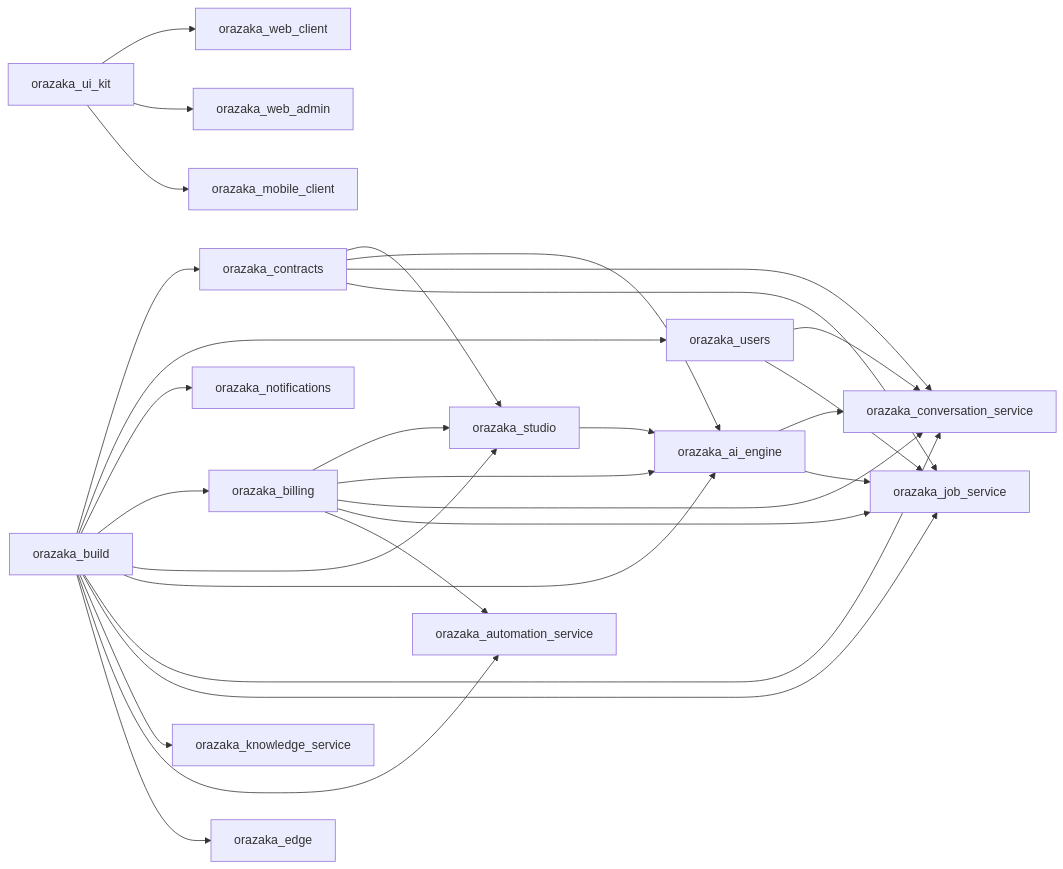
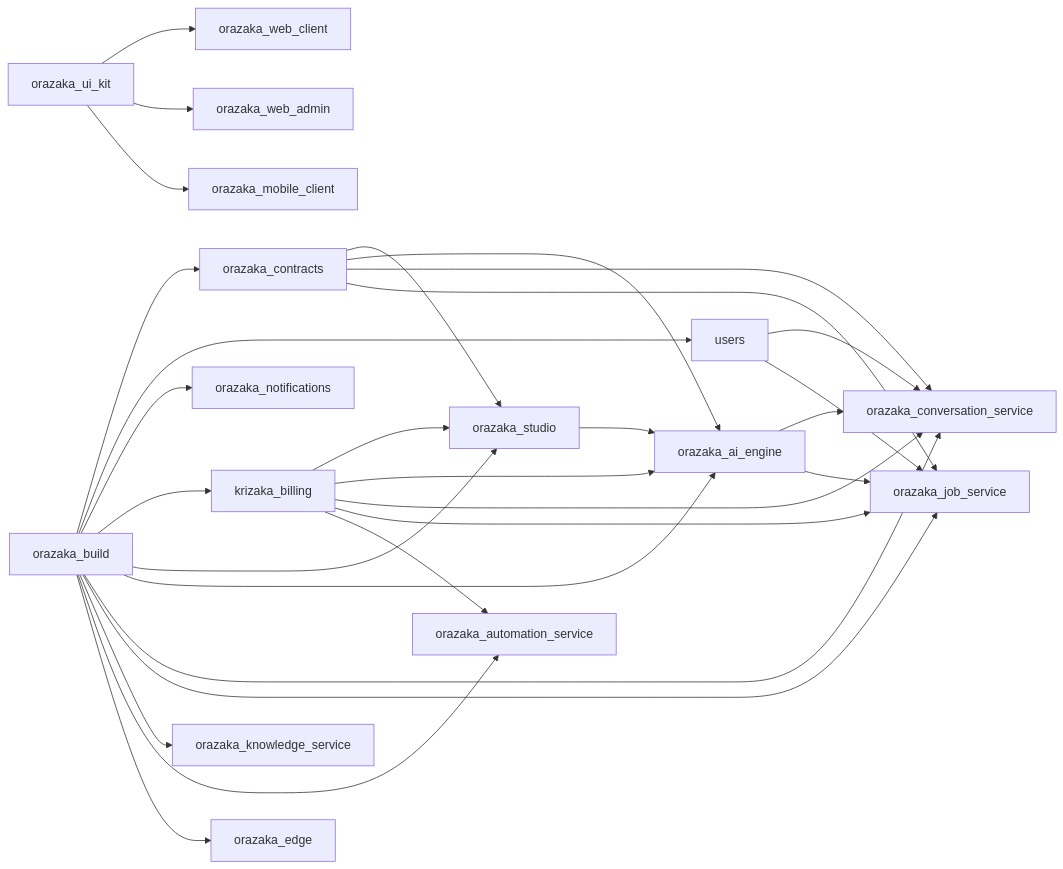
The diagram in README.md (krizaka/orazaka), drawn with Mermaid before and after one commit. The commit also changed other lines of this file and 65 other files, not shown here.

````diff
--- a/README.md
+++ b/README.md
@@ -76,31 +76,31 @@
 ```mermaid
 graph LR
   orazaka_build --> orazaka_contracts
-  orazaka_build --> orazaka_users
+  orazaka_build --> users
   orazaka_build --> orazaka_notifications
-  orazaka_build --> orazaka_billing
+  orazaka_build --> krizaka_billing
   orazaka_build --> orazaka_studio
   orazaka_contracts --> orazaka_studio
-  orazaka_billing --> orazaka_studio
+  krizaka_billing --> orazaka_studio
   orazaka_build --> orazaka_ai_engine
   orazaka_contracts --> orazaka_ai_engine
-  orazaka_billing --> orazaka_ai_engine
+  krizaka_billing --> orazaka_ai_engine
   orazaka_studio --> orazaka_ai_engine
   orazaka_build --> orazaka_conversation_service
   orazaka_contracts --> orazaka_conversation_service
-  orazaka_users --> orazaka_conversation_service
-  orazaka_billing --> orazaka_conversation_service
+  users --> orazaka_conversation_service
+  krizaka_billing --> orazaka_conversation_service
   orazaka_ai_engine --> orazaka_conversation_service
   orazaka_build --> orazaka_job_service
   orazaka_contracts --> orazaka_job_service
-  orazaka_users --> orazaka_job_service
-  orazaka_billing --> orazaka_job_service
+  users --> orazaka_job_service
+  krizaka_billing --> orazaka_job_service
   orazaka_ai_engine --> orazaka_job_service
   orazaka_build --> orazaka_knowledge_service
   orazaka_build --> orazaka_automation_service
-  orazaka_billing --> orazaka_automation_service
+  krizaka_billing --> orazaka_automation_service
   orazaka_build --> orazaka_edge
   orazaka_ui_kit --> orazaka_web_client
   orazaka_ui_kit --> orazaka_web_admin
   orazaka_ui_kit --> orazaka_mobile_client
 ```
````
